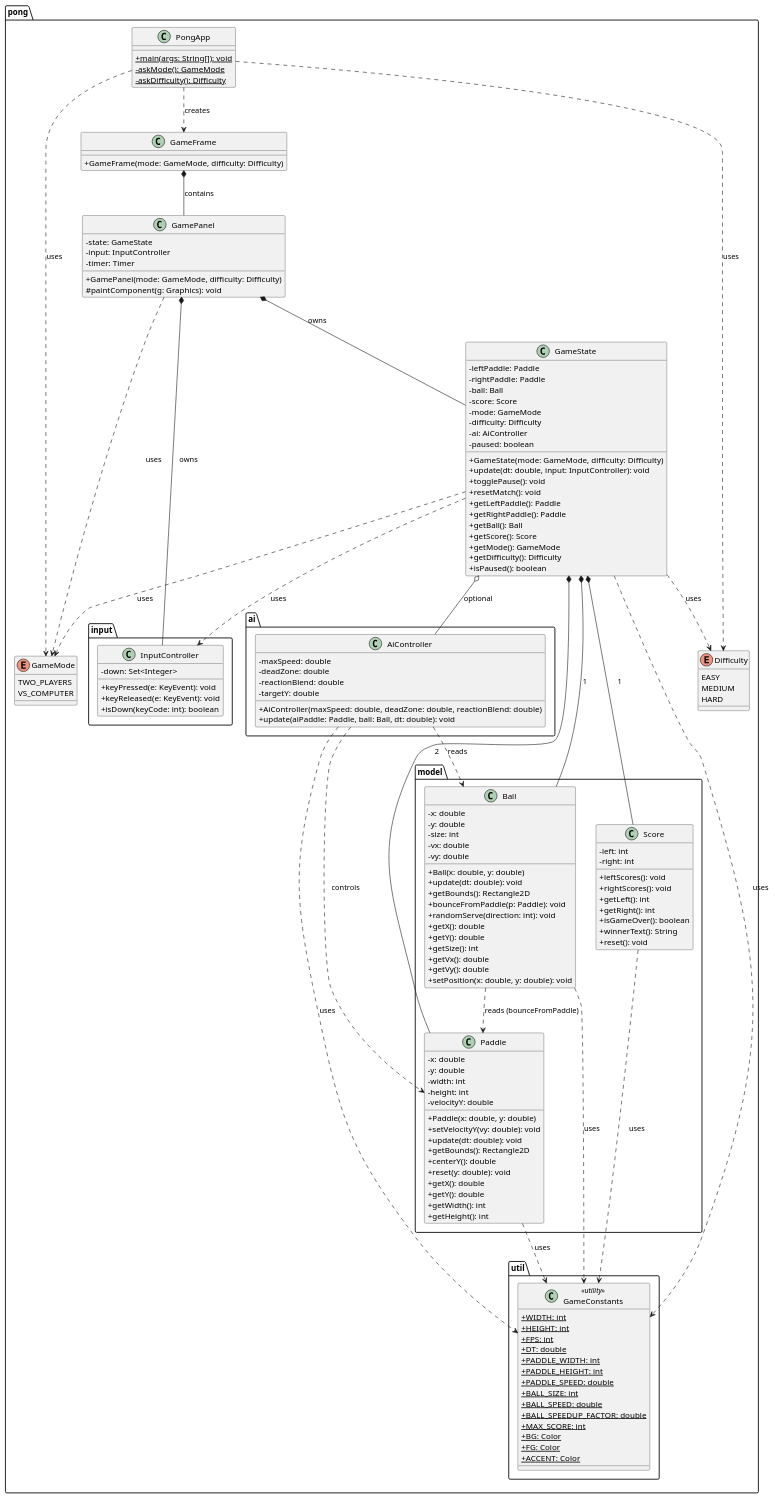
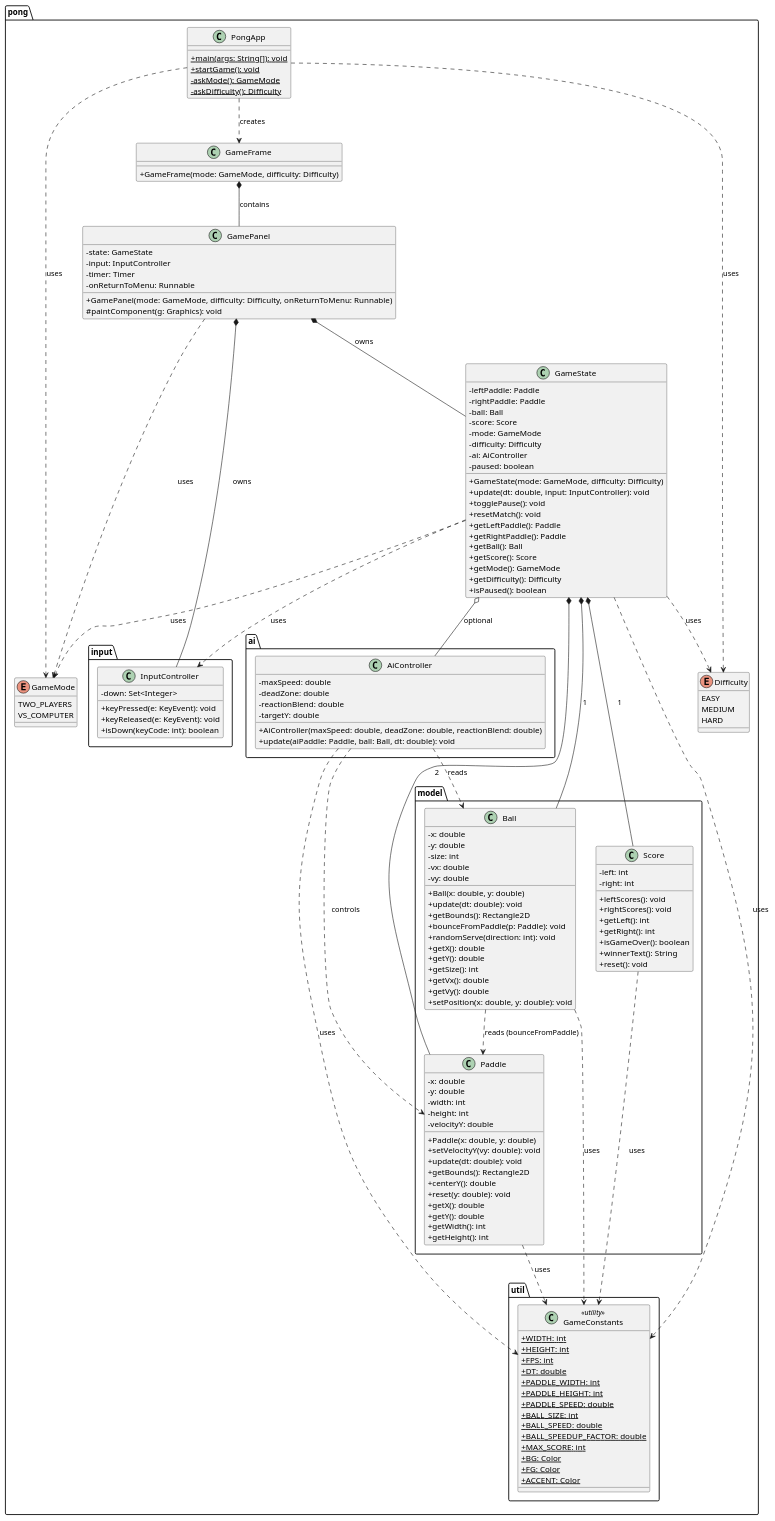
One commit to basmus-paul/PongApp changed the diagram in DOCUMENTATION.md. Above: the diagram before and after it, drawn with PlantUML. The commit also changed other lines of this file and 1 other file, not shown here.

```diff
--- a/DOCUMENTATION.md
+++ b/DOCUMENTATION.md
@@ -53,6 +54,7 @@
 package pong {
   class PongApp {
     +{static} main(args: String[]): void
+    +{static} startGame(): void
     -{static} askMode(): GameMode
     -{static} askDifficulty(): Difficulty
   }
@@ -76,7 +78,8 @@
     -state: GameState
     -input: InputController
     -timer: Timer
-    +GamePanel(mode: GameMode, difficulty: Difficulty)
+    -onReturnToMenu: Runnable
+    +GamePanel(mode: GameMode, difficulty: Difficulty, onReturnToMenu: Runnable)
     #paintComponent(g: Graphics): void
   }
 
```
